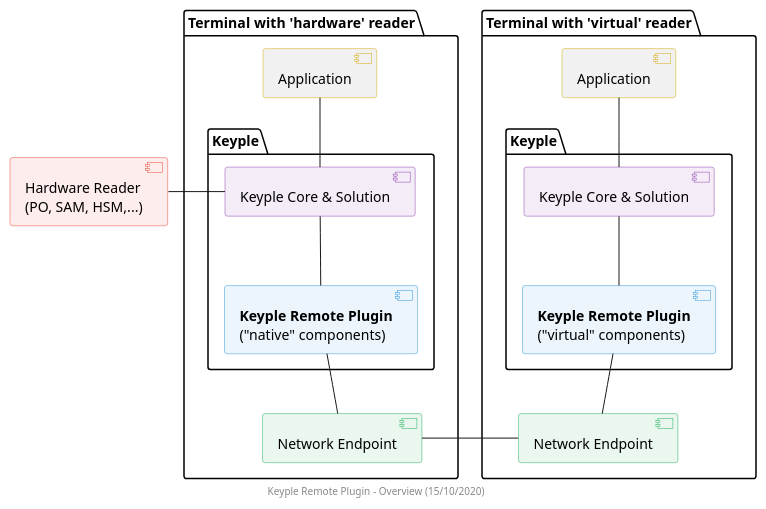
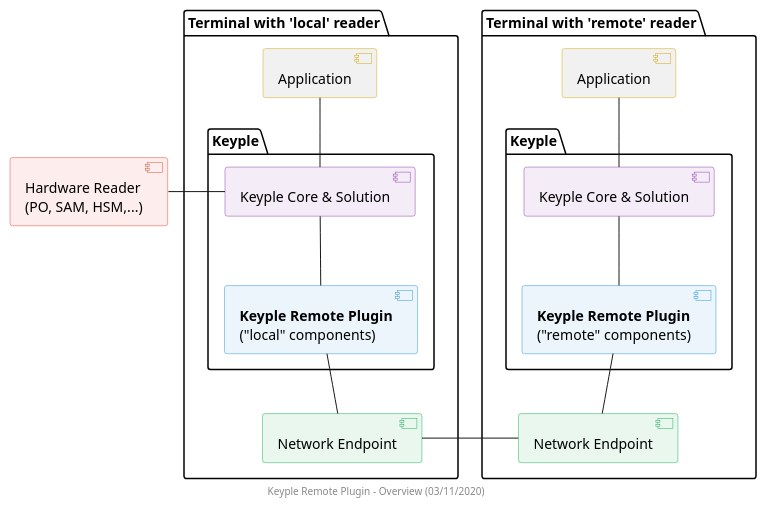
Before and after one commit to yvonneyam/keyple-website: the diagram in media/remote-plugin/component/Remote_Component_Overview.puml, drawn with PlantUML. The commit also changed 28 other files, not shown here.

```diff
--- a/media/remote-plugin/component/Remote_Component_Overview.puml
+++ b/media/remote-plugin/component/Remote_Component_Overview.puml
@@ -1,68 +1,68 @@
 @startuml
 footer
-    Keyple Remote Plugin - Overview (15/10/2020)
+    Keyple Remote Plugin - Overview (03/11/2020)
 end footer
 
 ' == THEME ==
 
 'Couleurs issues de : https://htmlcolorcodes.com/fr/tableau-de-couleur/tableau-de-couleur-design-plat/
 skinparam Shadowing false
 skinparam component {
     BorderColor #D4AC0D
     ' Red
     BackgroundColor<<red>> #FDEDEC
     BorderColor<<red>> #E74C3C
     ' Purple
     BackgroundColor<<purple>> #F4ECF7
     BorderColor<<purple>> #8E44AD
     ' blue
     BackgroundColor<<blue>> #EBF5FB
     BorderColor<<blue>> #3498DB
     ' Green
     BackgroundColor<<green>> #E9F7EF
     BorderColor<<green>> #27AE60
     ' Grey
     BackgroundColor<<grey>> #EAECEE
     BorderColor<<grey>> #2C3E50
 }
 hide <<red>> stereotype
 hide <<purple>> stereotype
 hide <<blue>> stereotype
 hide <<green>> stereotype
 hide <<grey>> stereotype
 
 ' == CONTENT ==
 
 [Hardware Reader\n(PO, SAM, HSM,...)] as reader <<red>>
 
-package "Terminal with 'hardware' reader" {
+package "Terminal with 'local' reader" {
     [Application] as appA
-    package "Keyple" as nativeKeyple {
-        [**Keyple Remote Plugin**\n("native" components)] as nativeLib <<blue>>
-        [Keyple Core & Solution] as nativeKeypleLibs <<purple>>
+    package "Keyple" as localKeyple {
+        [**Keyple Remote Plugin**\n("local" components)] as localLib <<blue>>
+        [Keyple Core & Solution] as localKeypleLibs <<purple>>
     }
     [Network Endpoint] as endpointA <<green>>
 }
 
-package "Terminal with 'virtual' reader" {
+package "Terminal with 'remote' reader" {
     [Application] as appB
-    package "Keyple" as virtualKeyple {
-        [Keyple Core & Solution] as virtualKeypleLibs <<purple>>
-        [**Keyple Remote Plugin**\n("virtual" components)] as virtualLib <<blue>>
+    package "Keyple" as remoteKeyple {
+        [Keyple Core & Solution] as remoteKeypleLibs <<purple>>
+        [**Keyple Remote Plugin**\n("remote" components)] as remoteLib <<blue>>
     }
     [Network Endpoint] as endpointB <<green>>
 }
 
-reader - nativeKeypleLibs
+reader - localKeypleLibs
 
-appA -- nativeKeypleLibs
-nativeKeypleLibs -- nativeLib
-nativeLib -- endpointA
+appA -- localKeypleLibs
+localKeypleLibs -- localLib
+localLib -- endpointA
 
 endpointA - endpointB
 
-appB -- virtualKeypleLibs
-virtualKeypleLibs -- virtualLib
-virtualLib -- endpointB
+appB -- remoteKeypleLibs
+remoteKeypleLibs -- remoteLib
+remoteLib -- endpointB
 
 @enduml
```
